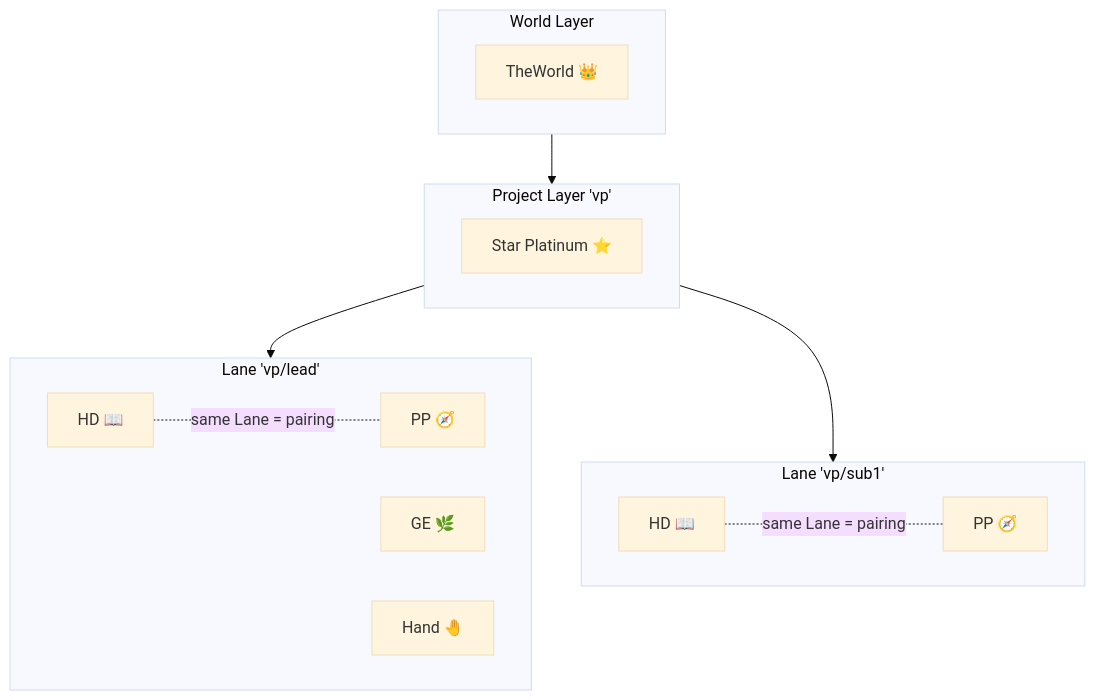
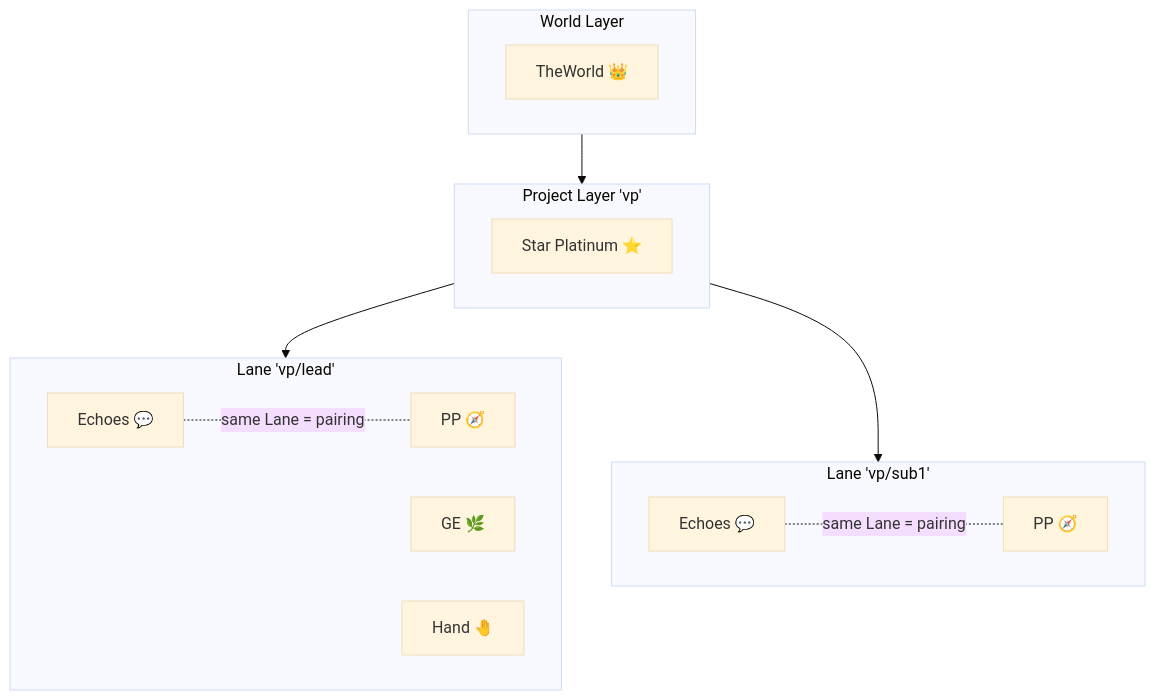
One commit to chronista-club/vantage-point changed the first of 2 diagrams in docs/design/13-paisley-park-revival.md. Above: the diagram before and after it, drawn with Mermaid (base theme). The commit also changed other lines of this file and 32 other files, not shown here.

````diff
--- a/docs/design/13-paisley-park-revival.md
+++ b/docs/design/13-paisley-park-revival.md
@@ -114,24 +114,24 @@
 ```mermaid
 graph TB
     subgraph WL[World Layer]
         TW[TheWorld 👑]
     end
     subgraph PL[Project Layer 'vp']
         SP[Star Platinum ⭐]
     end
     subgraph LL1[Lane 'vp/lead']
-        HD1[HD 📖]
+        EC1[Echoes 💬]
         PP1[PP 🧭]
         GE1[GE 🌿]
         TH1[Hand 🤚]
     end
     subgraph LL2[Lane 'vp/sub1']
-        HD2[HD 📖]
+        EC2[Echoes 💬]
         PP2[PP 🧭]
     end
     WL --> PL
     PL --> LL1
     PL --> LL2
-    HD1 -.same Lane = pairing.- PP1
-    HD2 -.same Lane = pairing.- PP2
+    EC1 -.same Lane = pairing.- PP1
+    EC2 -.same Lane = pairing.- PP2
 ```
````
